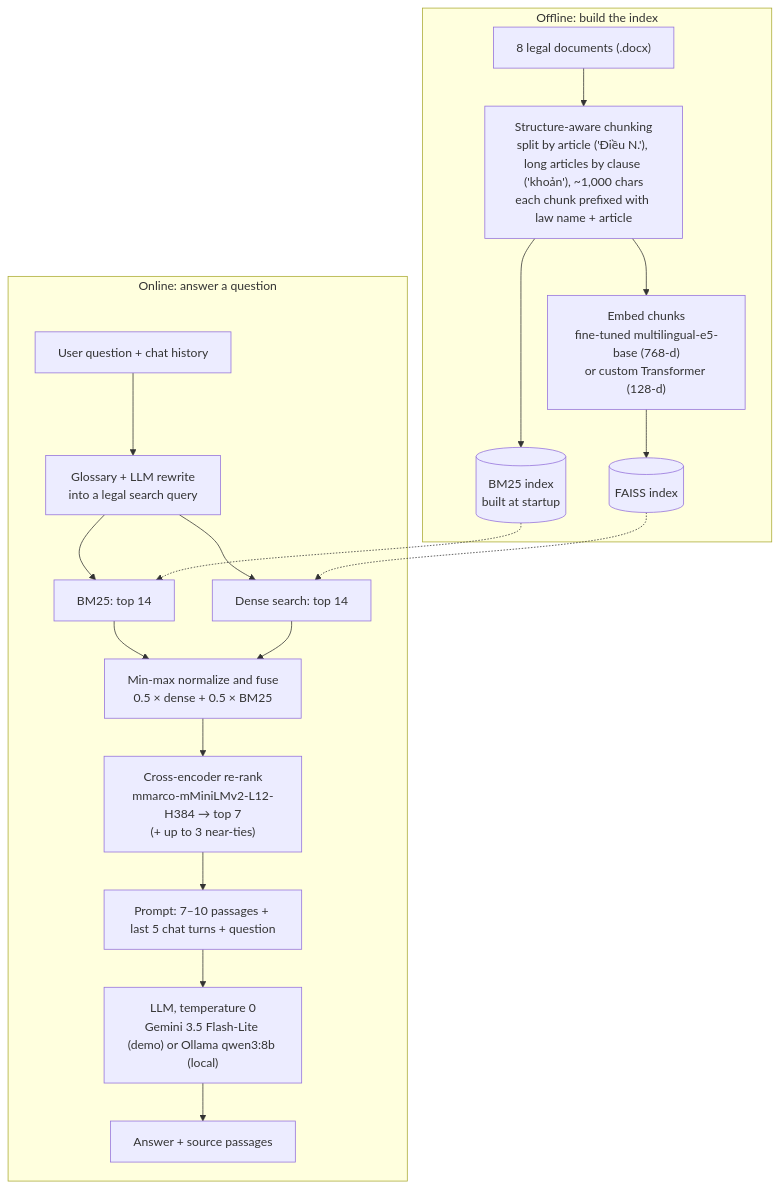
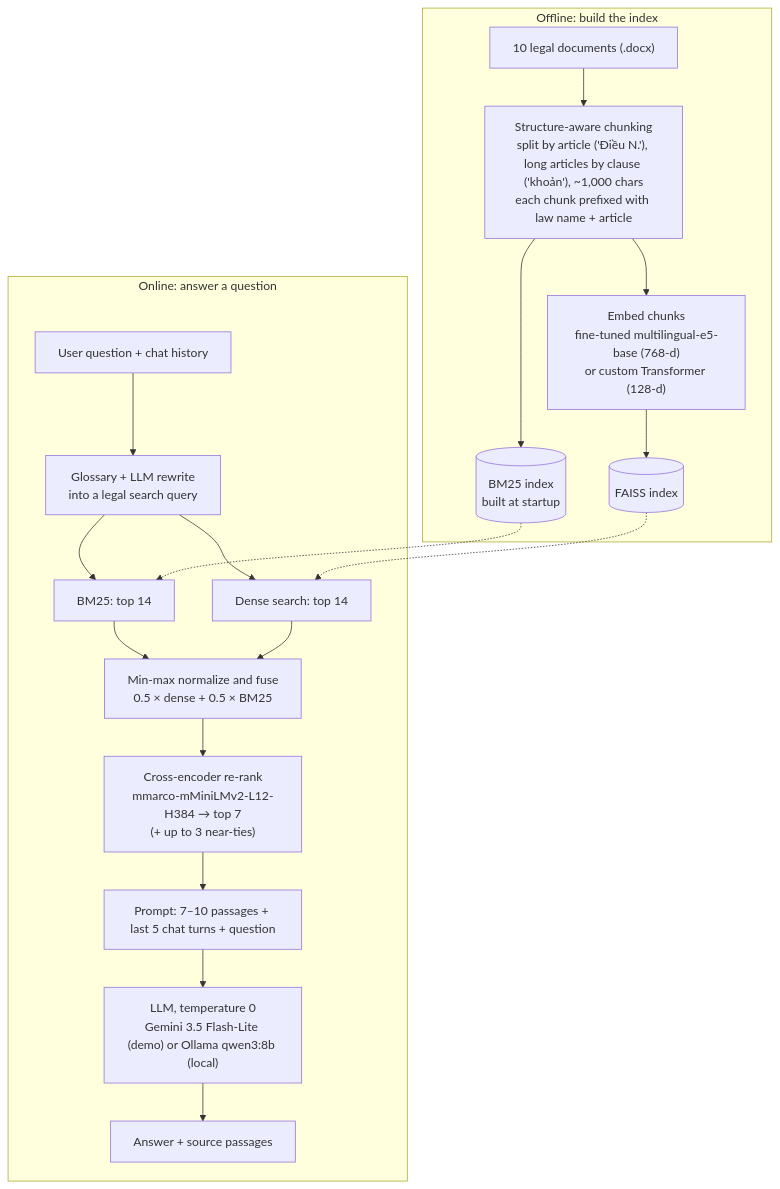
The diagram in README.md (Leanhoangy/vietnamese-rag-chatbot), drawn with Mermaid before and after one commit. The commit also changed other lines of this file and 12 other files, not shown here.

````diff
--- a/README.md
+++ b/README.md
@@ -32,24 +32,24 @@
 ```mermaid
 flowchart TD
     subgraph OFFLINE["Offline: build the index"]
-        A["8 legal documents (.docx)"] --> B["Structure-aware chunking<br/>split by article ('Điều N.'), long articles by clause ('khoản'), ~1,000 chars<br/>each chunk prefixed with law name + article"]
+        A["10 legal documents (.docx)"] --> B["Structure-aware chunking<br/>split by article ('Điều N.'), long articles by clause ('khoản'), ~1,000 chars<br/>each chunk prefixed with law name + article"]
         B --> C["Embed chunks<br/>fine-tuned multilingual-e5-base (768-d)<br/>or custom Transformer (128-d)"]
         C --> D[("FAISS index")]
         B --> E[("BM25 index<br/>built at startup")]
     end
 
     subgraph ONLINE["Online: answer a question"]
         Q["User question + chat history"] --> RW["Glossary + LLM rewrite<br/>into a legal search query"]
         RW --> R1["BM25: top 14"]
         RW --> R2["Dense search: top 14"]
         R1 --> F["Min-max normalize and fuse<br/>0.5 × dense + 0.5 × BM25"]
         R2 --> F
         F --> X["Cross-encoder re-rank<br/>mmarco-mMiniLMv2-L12-H384 → top 7<br/>(+ up to 3 near-ties)"]
         X --> P["Prompt: 7–10 passages + last 5 chat turns + question"]
         P --> L["LLM, temperature 0<br/>Gemini 3.5 Flash-Lite (demo) or Ollama qwen3:8b (local)"]
         L --> ANS["Answer + source passages"]
     end
 
     D -.-> R2
     E -.-> R1
 ```
````
